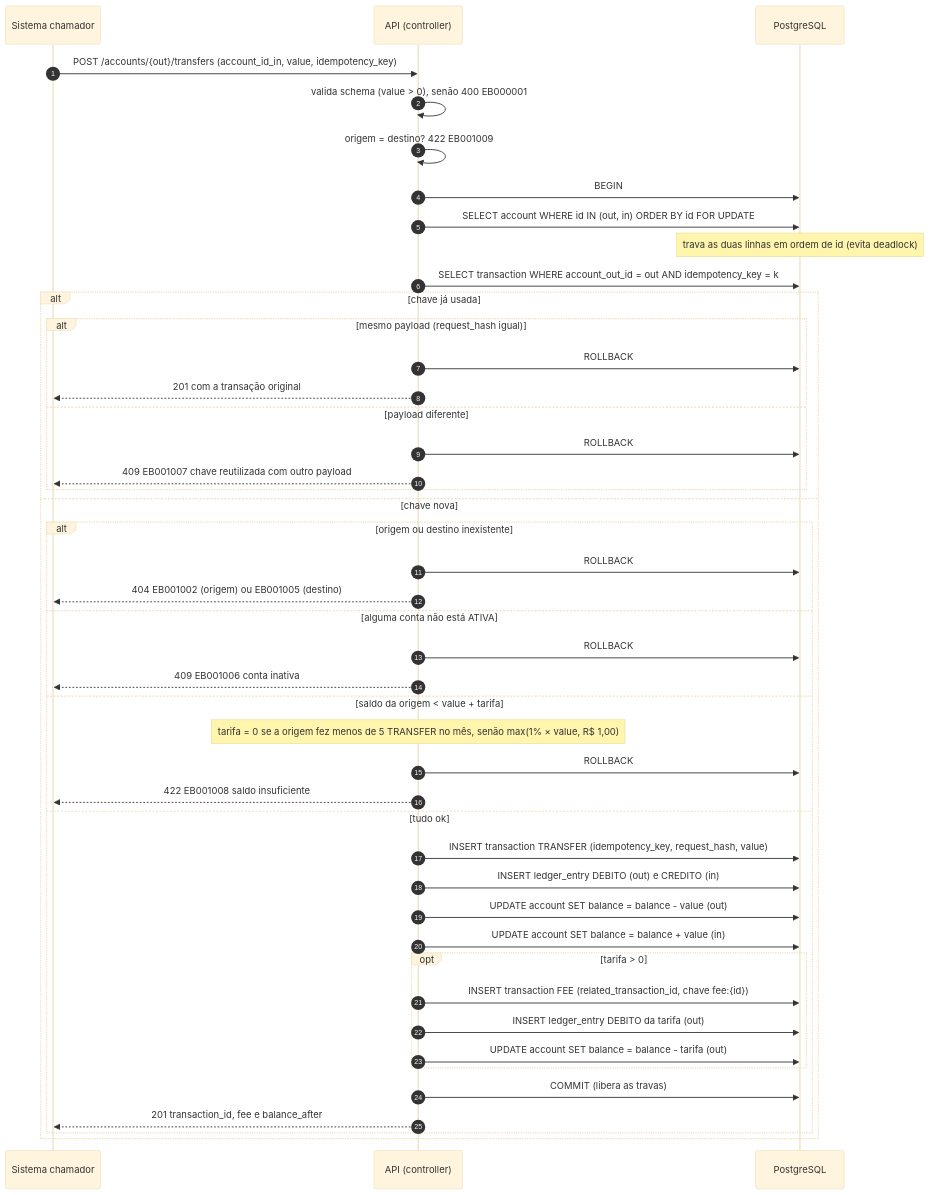
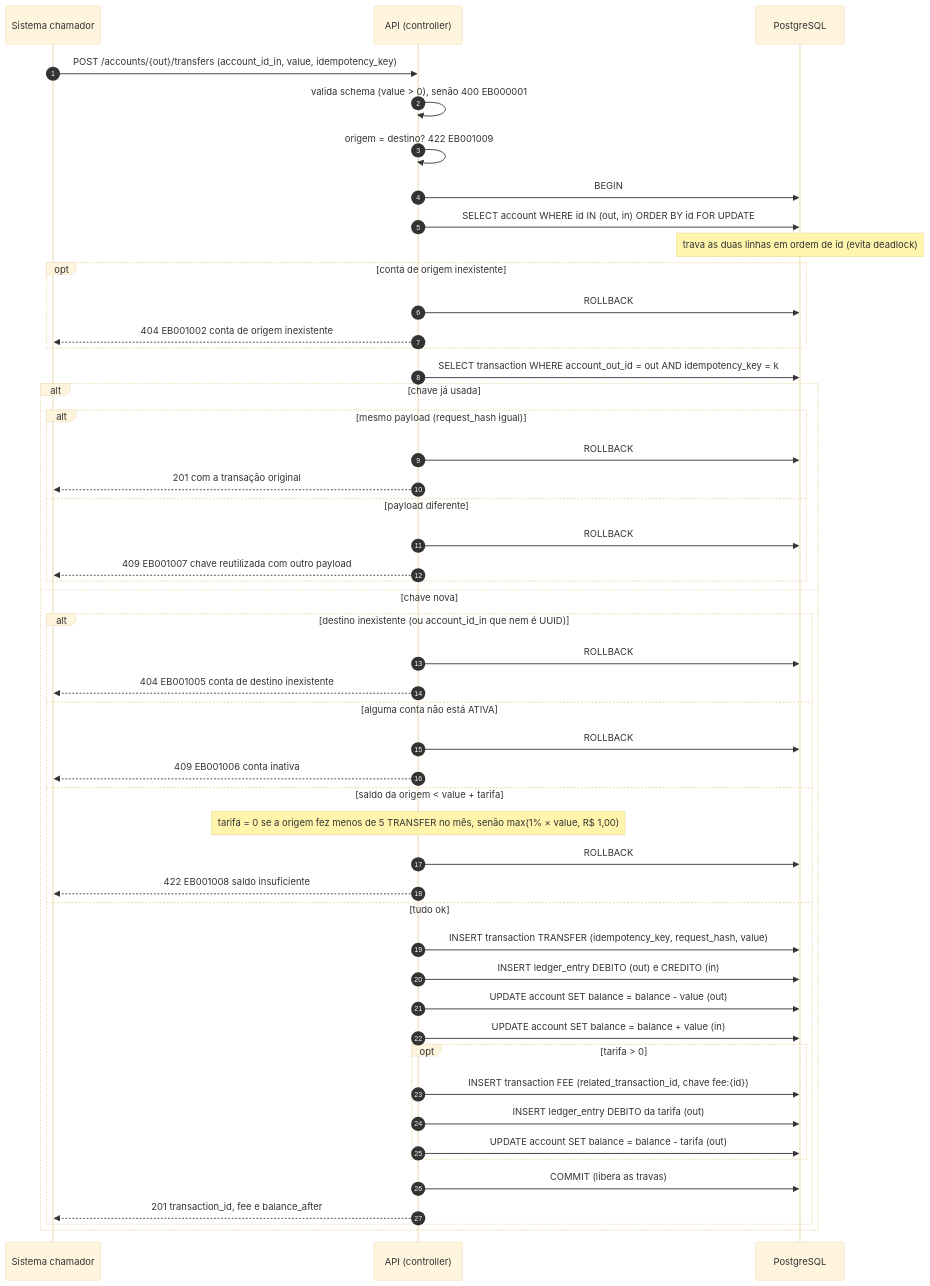
The seventh of 11 diagrams in bootcamp-rfc-modelo.md (fernandobvm/bootcamp-qi-26-bankrepo), drawn with Mermaid (base theme) before and after one commit. The commit also changed other lines of this file and 2 other files, not shown here.

````diff
--- a/bootcamp-rfc-modelo.md
+++ b/bootcamp-rfc-modelo.md
@@ -325,48 +325,52 @@
 ```mermaid
 sequenceDiagram
     autonumber
     participant S as Sistema chamador
     participant API as API (controller)
     participant DB as PostgreSQL
 
     S->>API: POST /accounts/{out}/transfers (account_id_in, value, idempotency_key)
     API->>API: valida schema (value > 0), senão 400 EB000001
     API->>API: origem = destino? 422 EB001009
     API->>DB: BEGIN
     API->>DB: SELECT account WHERE id IN (out, in) ORDER BY id FOR UPDATE
     Note over DB: trava as duas linhas em ordem de id (evita deadlock)
+    opt conta de origem inexistente
+        API->>DB: ROLLBACK
+        API-->>S: 404 EB001002 conta de origem inexistente
+    end
     API->>DB: SELECT transaction WHERE account_out_id = out AND idempotency_key = k
     alt chave já usada
         alt mesmo payload (request_hash igual)
             API->>DB: ROLLBACK
             API-->>S: 201 com a transação original
         else payload diferente
             API->>DB: ROLLBACK
             API-->>S: 409 EB001007 chave reutilizada com outro payload
         end
     else chave nova
-        alt origem ou destino inexistente
+        alt destino inexistente (ou account_id_in que nem é UUID)
             API->>DB: ROLLBACK
-            API-->>S: 404 EB001002 (origem) ou EB001005 (destino)
+            API-->>S: 404 EB001005 conta de destino inexistente
         else alguma conta não está ATIVA
             API->>DB: ROLLBACK
             API-->>S: 409 EB001006 conta inativa
         else saldo da origem < value + tarifa
             Note over API: tarifa = 0 se a origem fez menos de 5 TRANSFER no mês, senão max(1% × value, R$ 1,00)
             API->>DB: ROLLBACK
             API-->>S: 422 EB001008 saldo insuficiente
         else tudo ok
             API->>DB: INSERT transaction TRANSFER (idempotency_key, request_hash, value)
             API->>DB: INSERT ledger_entry DEBITO (out) e CREDITO (in)
             API->>DB: UPDATE account SET balance = balance - value (out)
             API->>DB: UPDATE account SET balance = balance + value (in)
             opt tarifa > 0
                 API->>DB: INSERT transaction FEE (related_transaction_id, chave fee:{id})
                 API->>DB: INSERT ledger_entry DEBITO da tarifa (out)
                 API->>DB: UPDATE account SET balance = balance - tarifa (out)
             end
             API->>DB: COMMIT (libera as travas)
             API-->>S: 201 transaction_id, fee e balance_after
         end
     end
 ```
````
